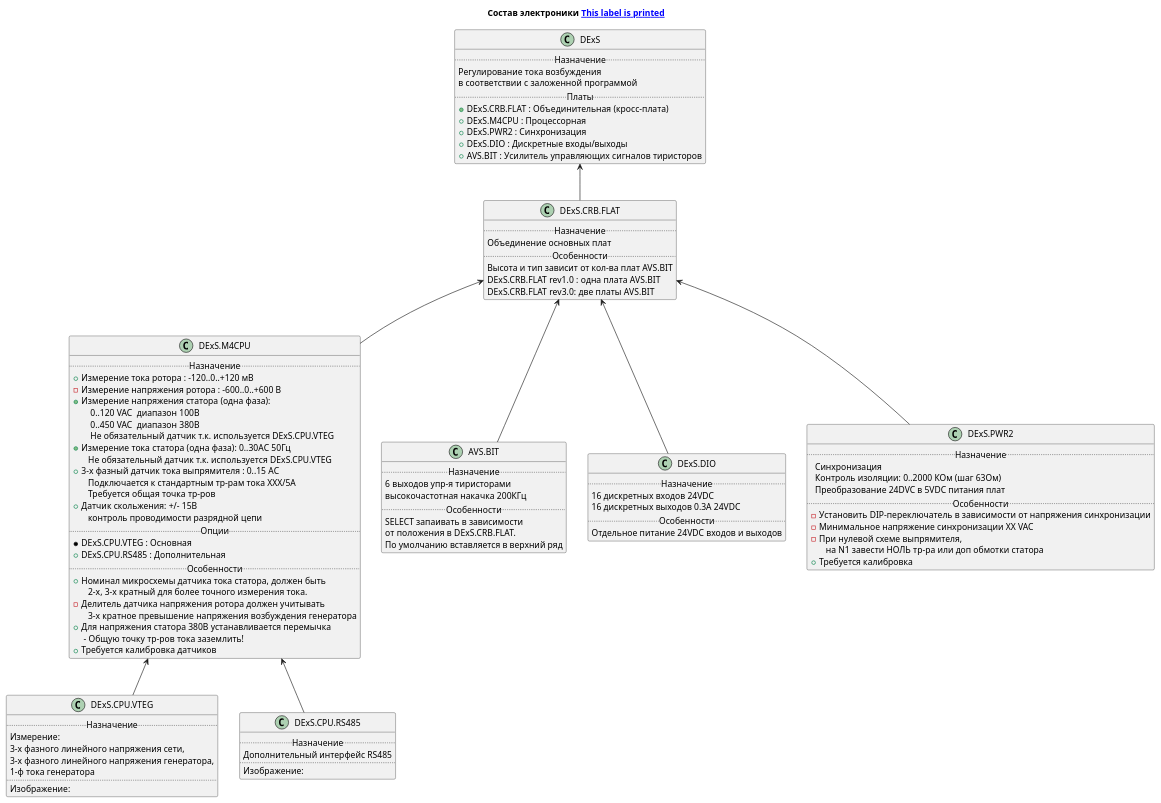
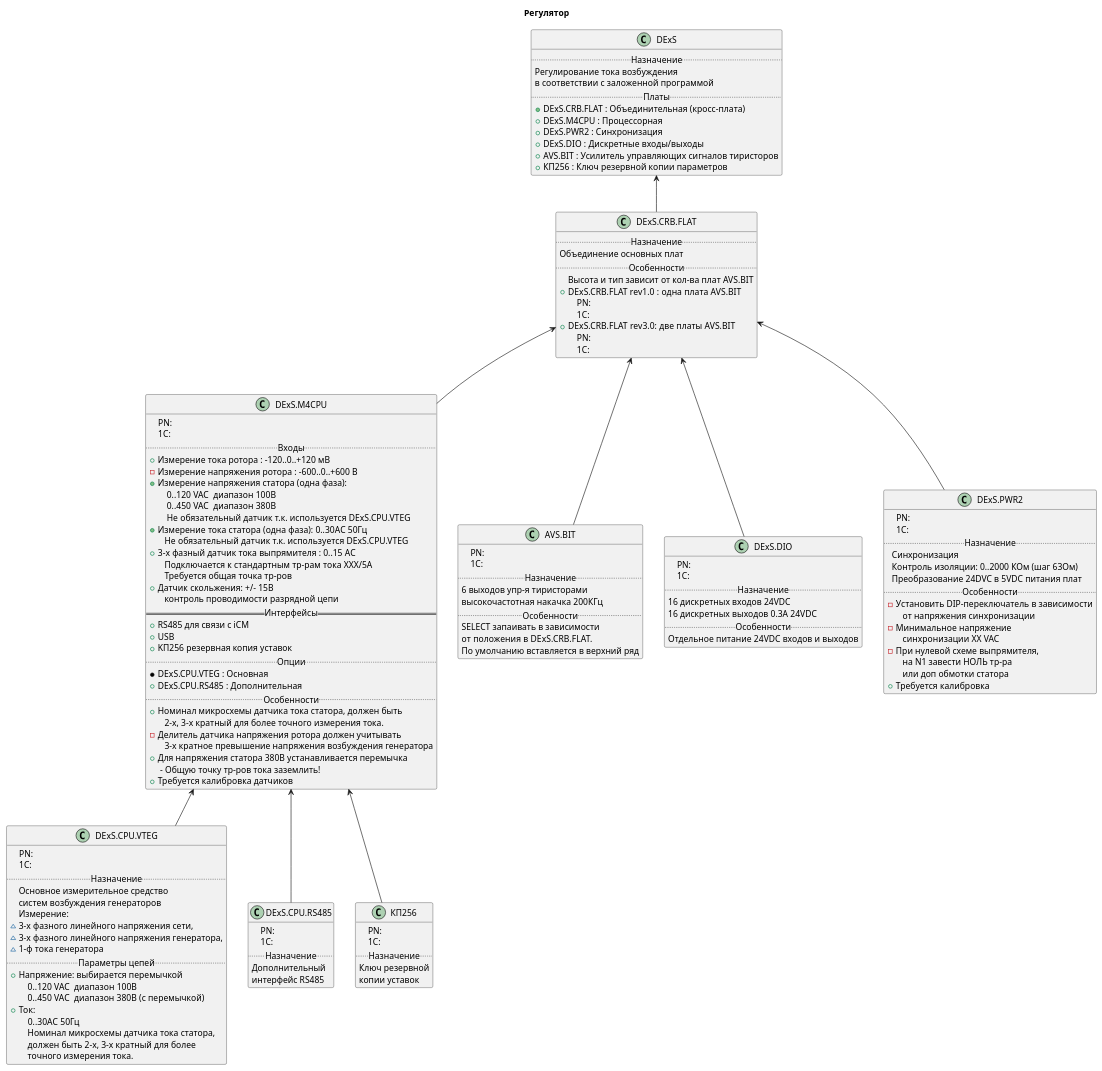
One commit to GerasimGerasimov/UML_brics changed the diagram in DExS_GEN.puml. Above: the diagram before and after it, drawn with PlantUML. The commit also changed other lines of this file, not shown here.

```diff
--- a/DExS_GEN.puml
+++ b/DExS_GEN.puml
@@ -1,112 +1,152 @@
 @startuml
-
 skinparam maxMessageSize 100
 skinparam packageStyle rectangle
-title Состав электроники [[http://plantuml.com{Optional tooltip} This label is printed]]
+title Регулятор
 set namespaceSeparator none
-
 class DExS {
 .. Назначение ..
 Регулирование тока возбуждения
 в соответствии с заложенной программой
 .. Платы ..
 + DExS.CRB.FLAT : Объединительная (кросс-плата)
 + DExS.M4CPU : Процессорная
 + DExS.PWR2 : Синхронизация
 + DExS.DIO : Дискретные входы/выходы
 + AVS.BIT : Усилитель управляющих сигналов тиристоров
++ КП256 : Ключ резервной копии параметров
 } 
 
 class DExS.CRB.FLAT{
 .. Назначение ..
 Объединение основных плат
 .. Особенности ..
 Высота и тип зависит от кол-ва плат AVS.BIT
-DExS.CRB.FLAT rev1.0 : одна плата AVS.BIT
-DExS.CRB.FLAT rev3.0: две платы AVS.BIT
++DExS.CRB.FLAT rev1.0 : одна плата AVS.BIT
+    PN:
+    1С:
++DExS.CRB.FLAT rev3.0: две платы AVS.BIT
+    PN:
+    1С:
 }
 
 class DExS.M4CPU{
-.. Назначение..
+    PN:
+    1С:
+.. Входы ..
 + Измерение тока ротора : -120..0..+120 мВ 
 - Измерение напряжения ротора : -600..0..+600 В 
 + Измерение напряжения статора (одна фаза): 
     0..120 VAC  диапазон 100В
     0..450 VAC  диапазон 380В
     Не обязательный датчик т.к. используется DExS.CPU.VTEG
 + Измерение тока статора (одна фаза): 0..30АС 50Гц
    Не обязательный датчик т.к. используется DExS.CPU.VTEG
 + 3-х фазный датчик тока выпрямителя : 0..15 АС
    Подключается к стандартным тр-рам тока ХХХ/5А
    Требуется общая точка тр-ров
 + Датчик скольжения: +/- 15В
    контроль проводимости разрядной цепи
+== Интерфейсы ==
++ RS485 для связи с iCM
++ USB
++ KП256 резервная копия уставок
 .. Опции ..
 * DExS.CPU.VTEG : Основная
 +DExS.CPU.RS485 : Дополнительная
 .. Особенности ..
 + Номинал микросхемы датчика тока статора, должен быть
    2-х, 3-х кратный для более точного измерения тока.
 - Делитель датчика напряжения ротора должен учитывать
    3-х кратное превышение напряжения возбуждения генератора
 + Для напряжения статора 380В устанавливается перемычка
  - Общую точку тр-ров тока заземлить!
 + Требуется калибровка датчиков
 } 
 
 class AVS.BIT {
+    PN:
+    1С:
 .. Назначение ..
 6 выходов упр-я тиристорами 
 высокочастотная накачка 200КГц
 .. Особенности ..
 SELECT запаивать в зависимости
 от положения в DExS.CRB.FLAT.
 По умолчанию вставляется в верхний ряд
 } 
 
 class DExS.DIO {
+    PN:
+    1С:
 .. Назначение ..
 16 дискретных входов 24VDC 
 16 дискретных выходов 0.3А 24VDC
 .. Особенности ..
 Отдельное питание 24VDC входов и выходов
 } 
 
 class DExS.PWR2{
+    PN:
+    1С:
 .. Назначение ..
   Синхронизация
   Контроль изоляции: 0..2000 КОм (шаг 63Ом)
   Преобразование 24DVC в 5VDC питания плат
 .. Особенности ..
-- Установить DIP-переключатель в зависимости от напряжения синхронизации
-- Минимальное напряжение синхронизации ХХ VAC
+- Установить DIP-переключатель в зависимости
+   от напряжения синхронизации
+- Минимальное напряжение
+   синхронизации ХХ VAC
 - При нулевой схеме выпрямителя,
-   на N1 завести НОЛЬ тр-ра или доп обмотки статора
+   на N1 завести НОЛЬ тр-ра
+   или доп обмотки статора
 + Требуется калибровка
 } 
 
 class DExS.CPU.VTEG {
+    PN:
+    1С:
 .. Назначение ..
+Основное измерительное средство
+систем возбуждения генераторов
 Измерение:
-3-х фазного линейного напряжения сети,
-3-х фазного линейного напряжения генератора,
-1-ф тока генератора
-..
-Изображение:
+~3-х фазного линейного напряжения сети,
+~3-х фазного линейного напряжения генератора,
+~1-ф тока генератора
+.. Параметры цепей ..
++ Напряжение: выбирается перемычкой
+    0..120 VAC  диапазон 100В
+    0..450 VAC  диапазон 380В (с перемычкой)
++ Ток:
+    0..30АС 50Гц
+    Номинал микросхемы датчика тока статора,
+    должен быть 2-х, 3-х кратный для более
+    точного измерения тока.
 } 
 
 class DExS.CPU.RS485 {
+    PN:
+    1С:
 .. Назначение ..
-Дополнительный интерфейс RS485
-..
-Изображение:
-} 
+Дополнительный
+интерфейс RS485
+}
+
+class КП256 {
+    PN:
+    1С:
+.. Назначение ..
+Ключ резервной
+копии уставок
+}
 
 DExS <-- DExS.CRB.FLAT
 DExS.CRB.FLAT <-- DExS.PWR2
 DExS.CRB.FLAT <-- DExS.M4CPU
 DExS.CRB.FLAT <-- DExS.DIO
 DExS.CRB.FLAT <-- AVS.BIT
 DExS.M4CPU <-- DExS.CPU.RS485
 DExS.M4CPU <-- DExS.CPU.VTEG
+DExS.M4CPU <-- КП256
+
 @enduml
```
